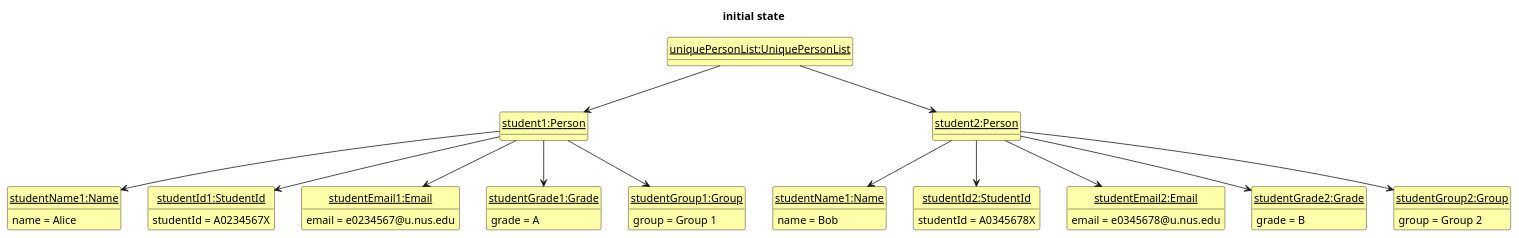
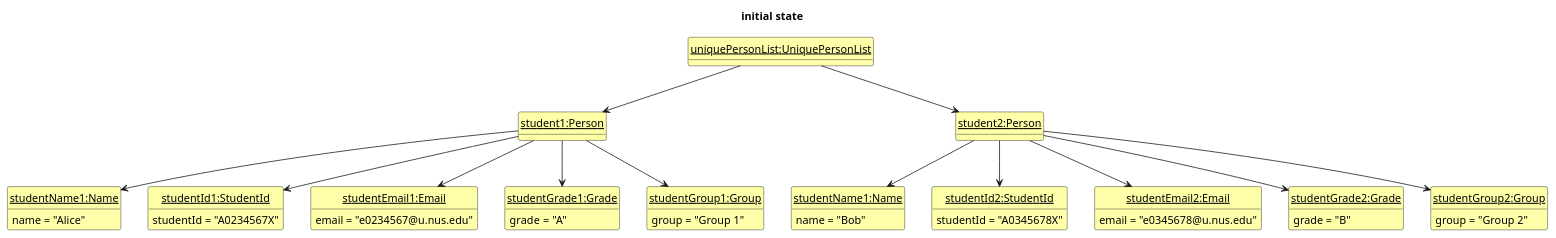
Before and after one commit to willowisp01/tp: the diagram in docs/diagrams/AddState1.puml, drawn with PlantUML. The commit also changed 1 other file, not shown here.

```diff
--- a/docs/diagrams/AddState1.puml
+++ b/docs/diagrams/AddState1.puml
@@ -1,59 +1,59 @@
 @startuml
 'https://plantuml.com/class-diagram
 
 hide circle
 hide methods
 skinparam ClassFontColor #000000
 skinparam ClassBorderColor #000000
 skinparam ClassBackgroundColor #FFFFAA
 
 title initial state
 
 class uniquePersonList as "<u>uniquePersonList:UniquePersonList</u>"
 class student1 as "<u>student1:Person</u>" {}
 class student2 as "<u>student2:Person</u>" {}
 class studentName1 as "<u>studentName1:Name</u>" {
-    name = Alice
+    name = "Alice"
 }
 class studentName2 as "<u>studentName1:Name</u>" {
-    name = Bob
+    name = "Bob"
 }
 class studentId1 as "<u>studentId1:StudentId</u>" {
-    studentId = A0234567X
+    studentId = "A0234567X"
 }
 class studentId2 as "<u>studentId2:StudentId</u>" {
-    studentId = A0345678X
+    studentId = "A0345678X"
 }
 class studentEmail1 as "<u>studentEmail1:Email</u>" {
-    email = e0234567@u.nus.edu
+    email = "e0234567@u.nus.edu"
 }
 class studentEmail2 as "<u>studentEmail2:Email</u>" {
-    email = e0345678@u.nus.edu
+    email = "e0345678@u.nus.edu"
 }
 class studentGrade1 as "<u>studentGrade1:Grade</u>" {
-    grade = A
+    grade = "A"
 }
 class studentGrade2 as "<u>studentGrade2:Grade</u>" {
-    grade = B
+    grade = "B"
 }
 class studentGroup1 as "<u>studentGroup1:Group</u>" {
-    group = Group 1
+    group = "Group 1"
 }
 class studentGroup2 as "<u>studentGroup2:Group</u>" {
-    group = Group 2
+    group = "Group 2"
 }
 student1 -[hidden]right-> student2
 
 uniquePersonList -down-> student1
 uniquePersonList -down-> student2
 student1 -down-> studentName1
 student2 -down-> studentName2
 student1 -down-> studentId1
 student2 -down-> studentId2
 student1 -down-> studentEmail1
 student2 -down-> studentEmail2
 student1 -down-> studentGrade1
 student2 -down-> studentGrade2
 student1 -down-> studentGroup1
 student2 -down-> studentGroup2
 @enduml
```
